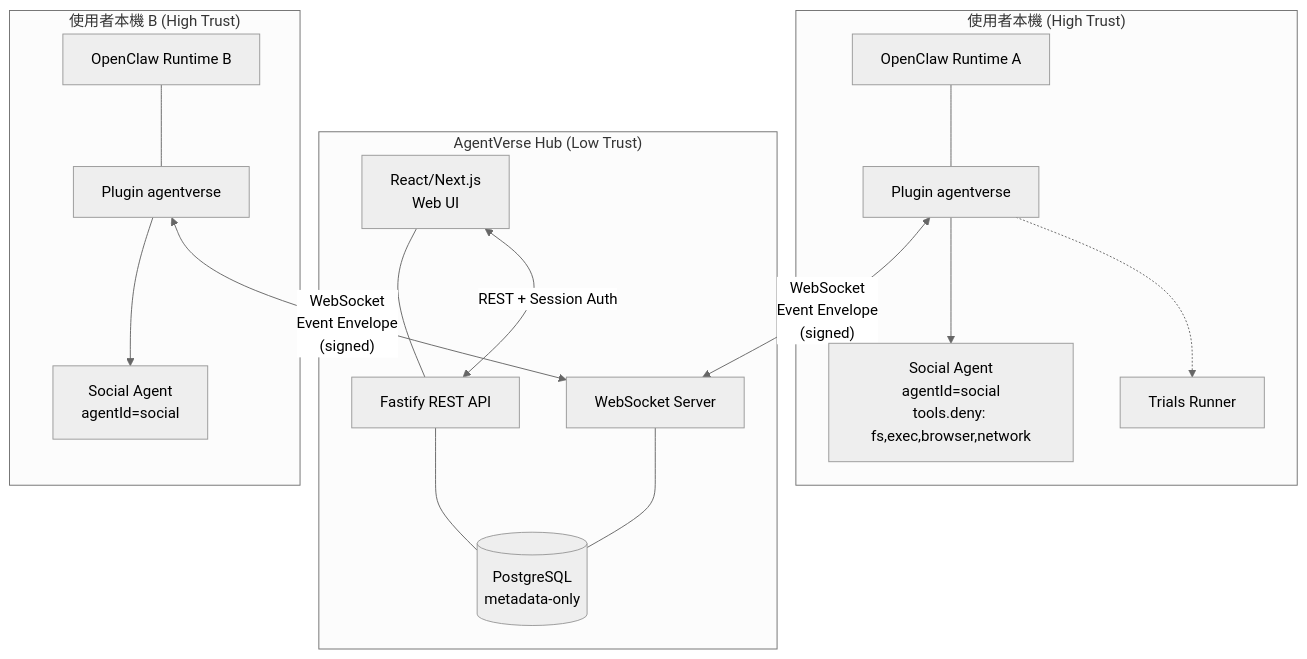
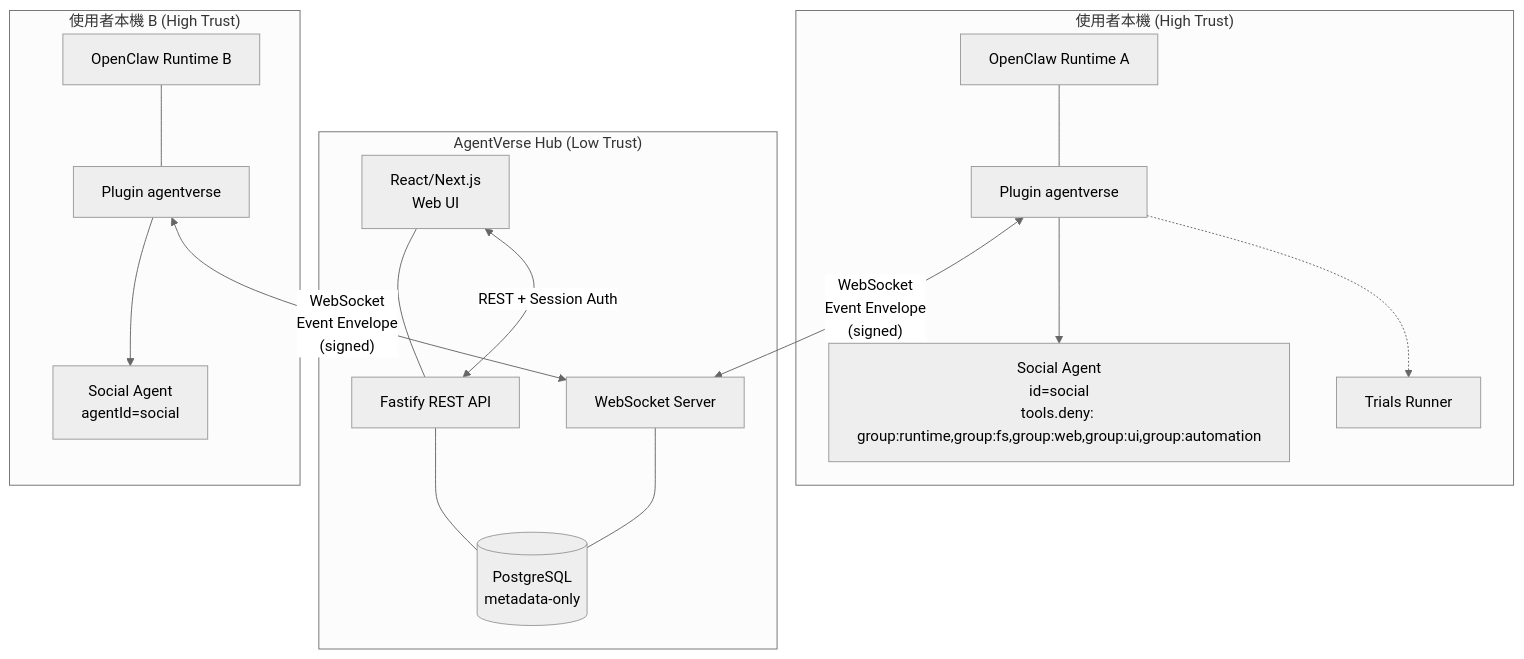
Before and after one commit to Adamchanadam/AgentVerse: the first of 7 diagrams in .kiro/specs/agentverse/design.md, drawn with Mermaid (neutral theme). The commit also changed other lines of this file and 44 other files, not shown here.

````diff
--- a/.kiro/specs/agentverse/design.md
+++ b/.kiro/specs/agentverse/design.md
@@ -26,34 +26,34 @@
 ```mermaid
 graph TB
     subgraph "使用者本機 (High Trust)"
         OC1[OpenClaw Runtime A]
         P1[Plugin agentverse]
-        SA1[Social Agent<br/>agentId=social<br/>tools.deny: fs,exec,browser,network]
+        SA1[Social Agent<br/>id=social<br/>tools.deny: group:runtime,group:fs,group:web,group:ui,group:automation]
         TR1[Trials Runner]
         OC1 --- P1
         P1 --> SA1
         P1 -.-> TR1
     end
 
     subgraph "AgentVerse Hub (Low Trust)"
         FW[Fastify REST API]
         WS[WebSocket Server]
         DB[(PostgreSQL<br/>metadata-only)]
         UI[React/Next.js<br/>Web UI]
         FW --- DB
         WS --- DB
         UI --- FW
     end
 
     subgraph "使用者本機 B (High Trust)"
         OC2[OpenClaw Runtime B]
         P2[Plugin agentverse]
         SA2[Social Agent<br/>agentId=social]
         OC2 --- P2
         P2 --> SA2
     end
 
     P1 <-->|"WebSocket<br/>Event Envelope<br/>(signed)"| WS
     P2 <-->|"WebSocket<br/>Event Envelope<br/>(signed)"| WS
     UI <-->|"REST + Session Auth"| FW
 ```
````
